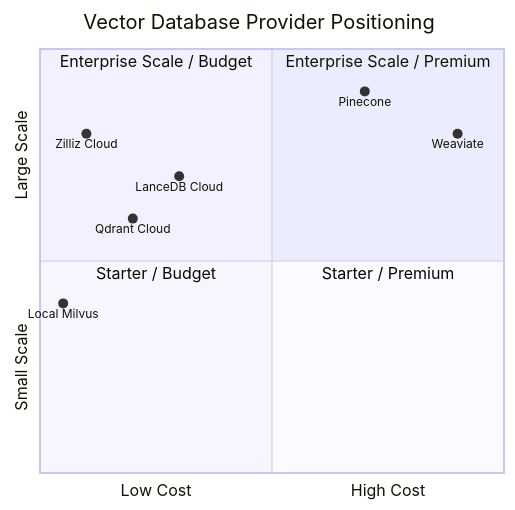
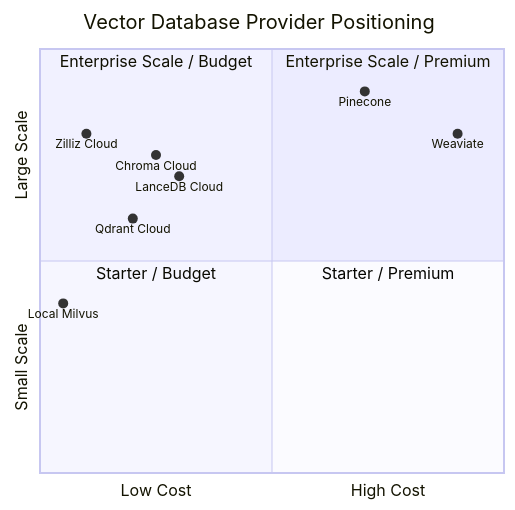
The diagram in VDB_PROVIDER_COMPARISON.md (paazmaya/docling-japanese-books), drawn with Mermaid before and after one commit. The commit also changed other lines of this file, not shown here.

Commit message:
Forgot about Chroma

````diff
--- a/VDB_PROVIDER_COMPARISON.md
+++ b/VDB_PROVIDER_COMPARISON.md
@@ -7,18 +7,19 @@
 ```mermaid
 quadrantChart
     title Vector Database Provider Positioning
     x-axis Low Cost --> High Cost
     y-axis Small Scale --> Large Scale
     
     quadrant-1 Enterprise Scale / Premium
     quadrant-2 Enterprise Scale / Budget
     quadrant-3 Starter / Budget
     quadrant-4 Starter / Premium
     
     Zilliz Cloud: [0.1, 0.8]
     Qdrant Cloud: [0.2, 0.6]
+    Chroma Cloud: [0.25, 0.75]
     LanceDB Cloud: [0.3, 0.7]
     Pinecone: [0.7, 0.9]
     Weaviate: [0.9, 0.8]
     Local Milvus: [0.05, 0.4]
 ```
````
